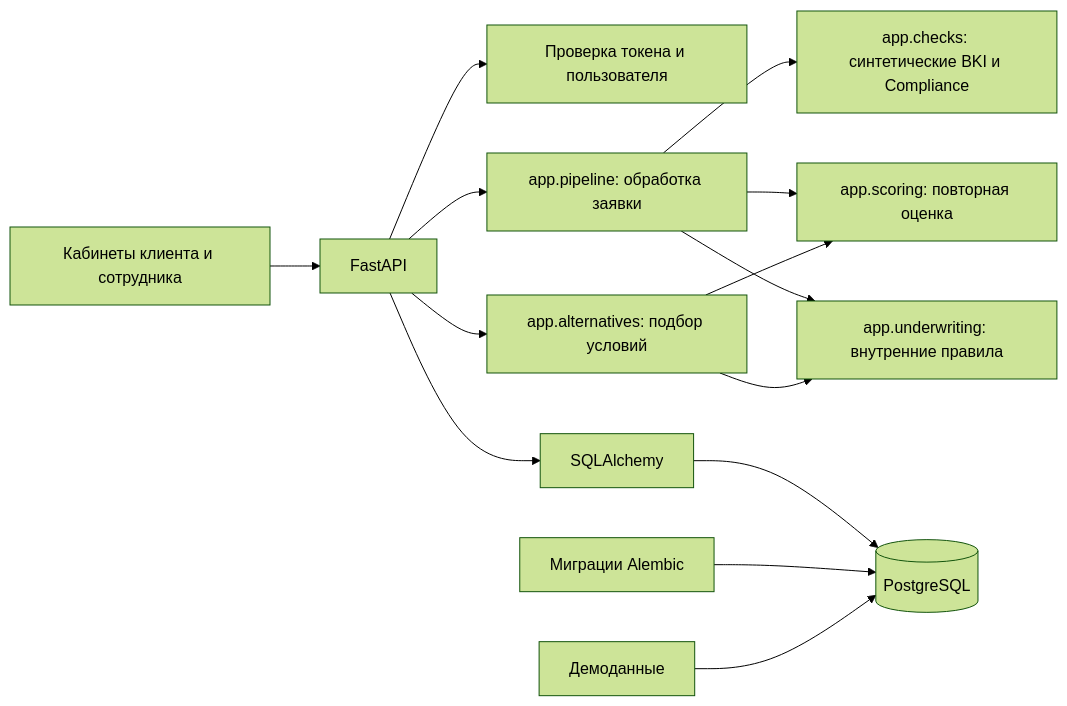
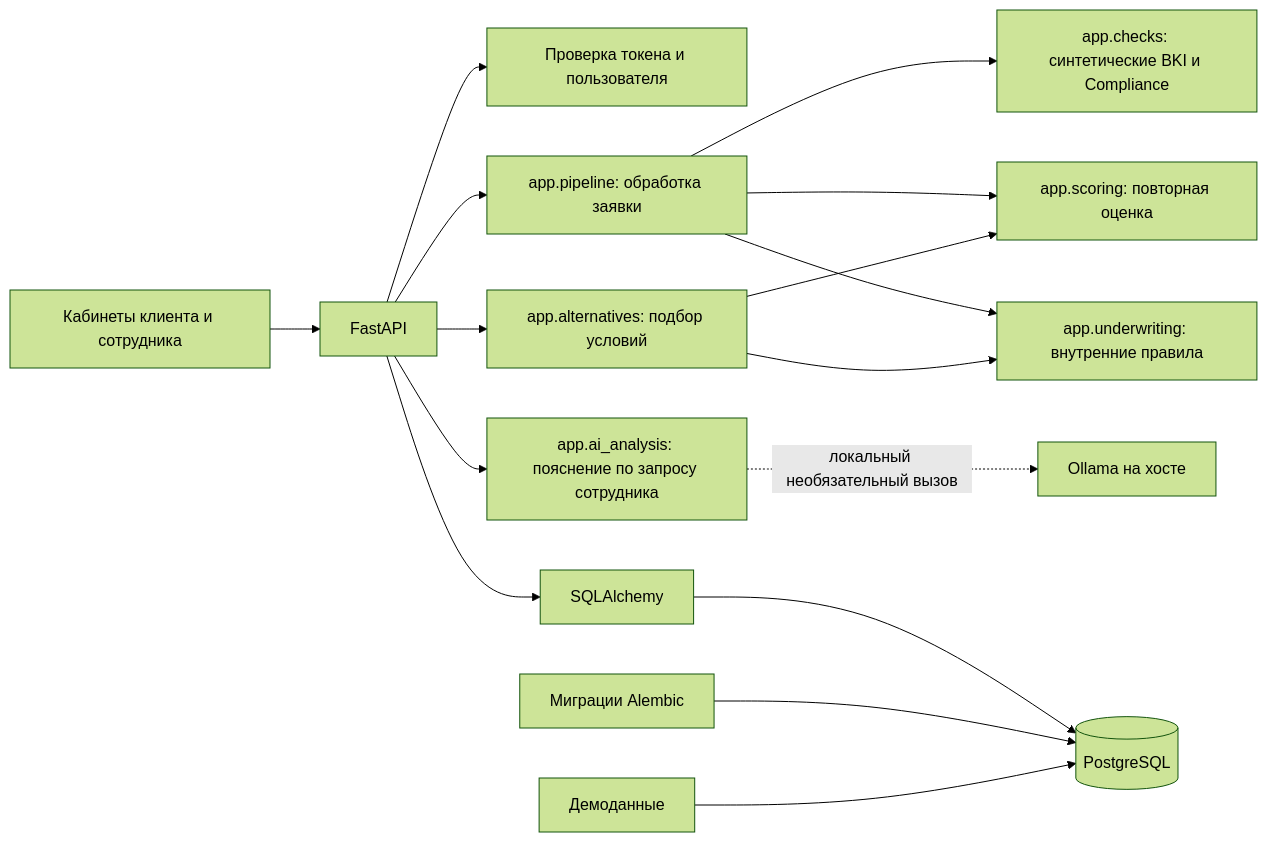
The first of 2 diagrams in backend/docs/architecture.md (ttsbtw/McDonald_AlfaHackathon), drawn with Mermaid (forest theme) before and after one commit. The commit also changed other lines of this file and 3 other files, not shown here.

````diff
--- a/backend/docs/architecture.md
+++ b/backend/docs/architecture.md
@@ -3,16 +3,18 @@
 ```mermaid
 flowchart LR
     Browser[Кабинеты клиента и сотрудника] --> API[FastAPI]
     API --> Auth[Проверка токена и пользователя]
     API --> Pipeline[app.pipeline: обработка заявки]
     Pipeline --> Checks[app.checks: синтетические BKI и Compliance]
     Pipeline --> Scoring[app.scoring: риск-оценка]
     Pipeline --> UW[app.underwriting: внутренние правила]
+    API --> AI[app.ai_analysis: пояснение по запросу сотрудника]
+    AI -. локальный необязательный вызов .-> Ollama[Ollama на хосте]
     API --> Alternatives[app.alternatives: подбор условий]
     Alternatives --> Scoring[app.scoring: повторная оценка]
     Alternatives --> UW
     API --> ORM[SQLAlchemy]
     ORM --> PG[(PostgreSQL)]
     Alembic[Миграции Alembic] --> PG
     Seed[Демоданные] --> PG
 ```
````
